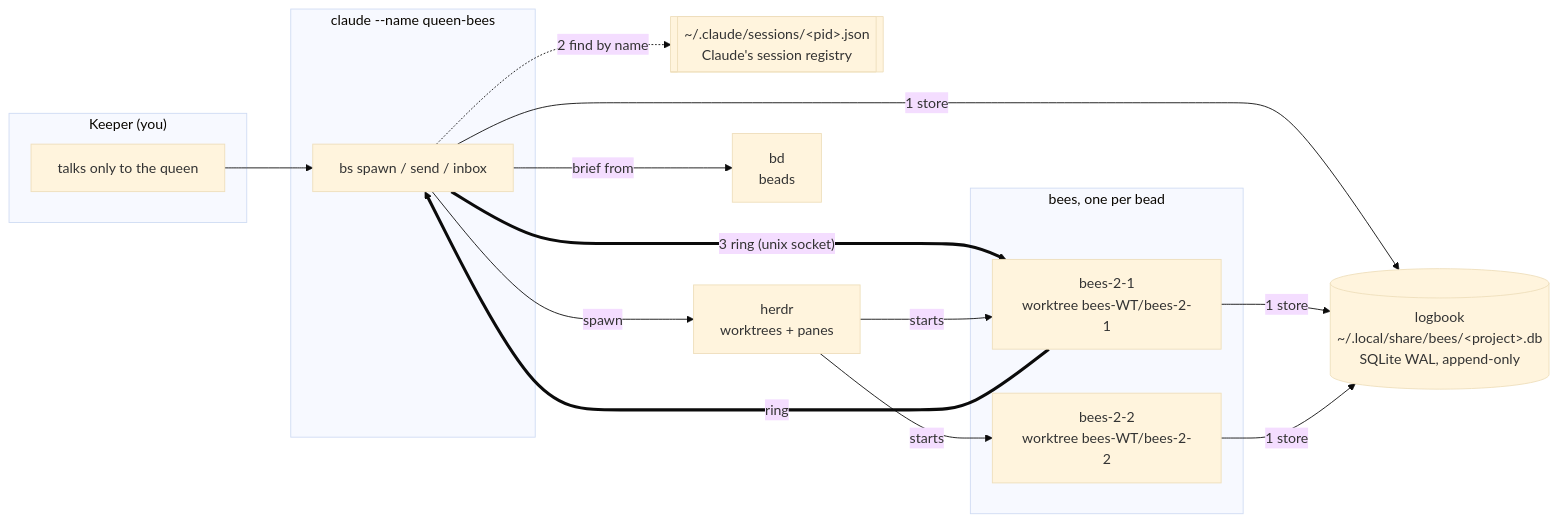
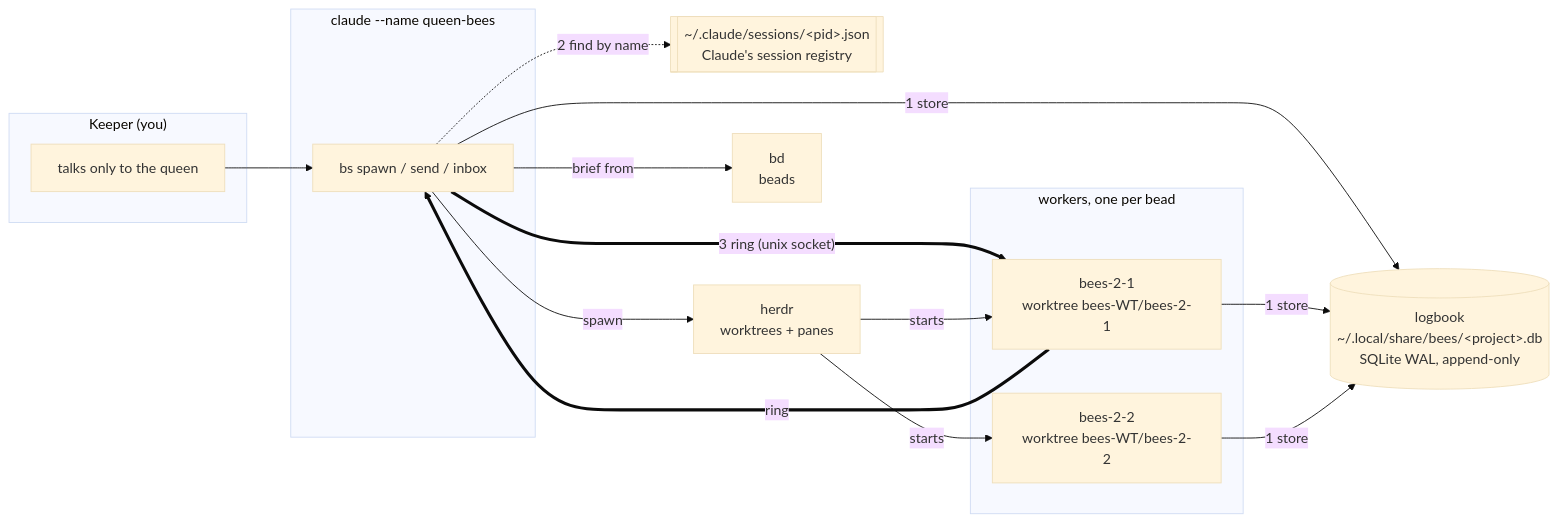
Before and after one commit to jmmshn/bees: the first of 4 diagrams in README.md, drawn with Mermaid (base theme). The commit also changed other lines of this file and 2 other files, not shown here.

Commit message:
README: worker, not bee (keeper decision; bees-1.15 renames the rest) (bees-1.48)

````diff
--- a/README.md
+++ b/README.md
@@ -94,29 +94,29 @@
 ```mermaid
 flowchart LR
     subgraph keeper["Keeper (you)"]
         H[talks only to the queen]
     end
     subgraph queen["claude --name queen-bees"]
         C[bs spawn / send / inbox]
     end
-    subgraph bees["bees, one per bead"]
+    subgraph workers["workers, one per bead"]
         P1["bees-2-1<br/>worktree bees-WT/bees-2-1"]
         P2["bees-2-2<br/>worktree bees-WT/bees-2-2"]
     end
     LB[("logbook<br/>~/.local/share/bees/&lt;project&gt;.db<br/>SQLite WAL, append-only")]
     REG[["~/.claude/sessions/&lt;pid&gt;.json<br/>Claude's session registry"]]
     HD[herdr<br/>worktrees + panes]
     BD[bd<br/>beads]
 
     H --> C
     C -- "1 store" --> LB
     P1 -- "1 store" --> LB
     P2 -- "1 store" --> LB
     C -. "2 find by name" .-> REG
     C == "3 ring (unix socket)" ==> P1
     P1 == "ring" ==> C
     C -- "spawn" --> HD
     C -- "brief from" --> BD
     HD -- "starts" --> P1
     HD -- "starts" --> P2
 ```
````
